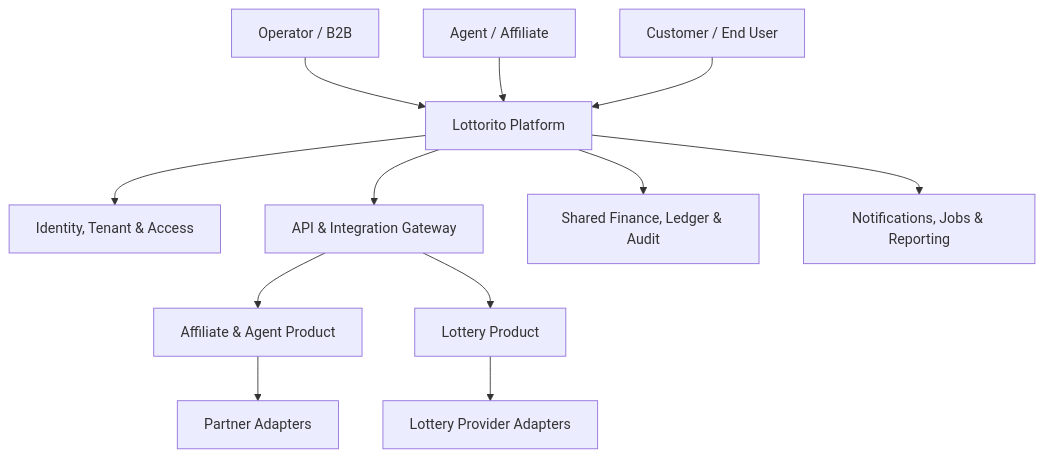
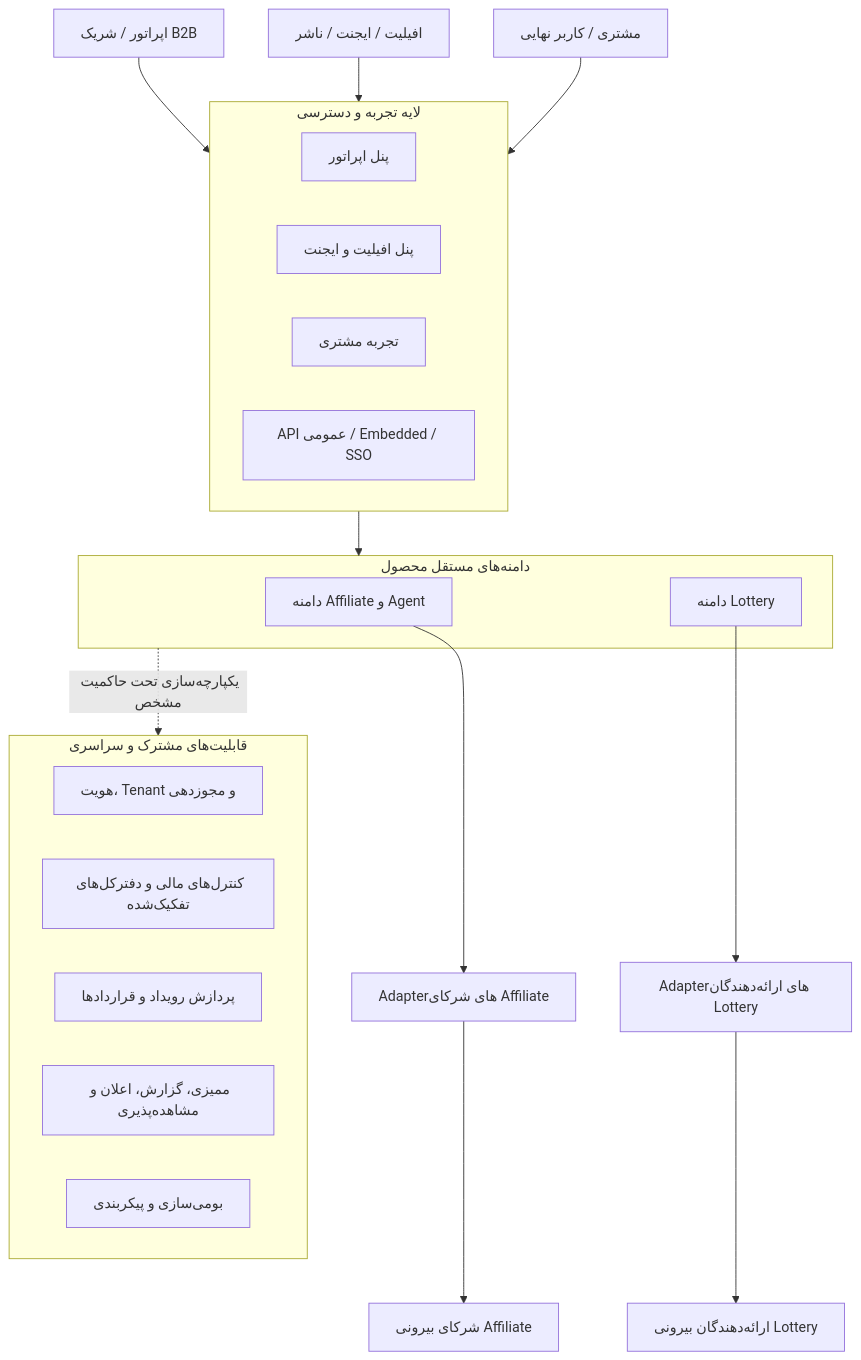
Before and after one commit to tecpey/lottorito-platform: the second of 2 diagrams in README.md, drawn with Mermaid. The commit also changed other lines of this file, not shown here.

Commit message:
docs(readme): refine bilingual platform vision after executive review

````diff
--- a/README.md
+++ b/README.md
@@ -122,17 +236,36 @@
 ```mermaid
 flowchart TB
-    U[Operator / B2B] --> P[Lottorito Platform]
-    A[Agent / Affiliate] --> P
-    C[Customer / End User] --> P
+    OP[اپراتور / شریک B2B] --> SURF
+    AG[افیلیت / ایجنت / ناشر] --> SURF
+    CU[مشتری / کاربر نهایی] --> SURF
 
-    P --> I[Identity, Tenant & Access]
-    P --> G[API & Integration Gateway]
-    P --> F[Shared Finance, Ledger & Audit]
-    P --> N[Notifications, Jobs & Reporting]
+    subgraph SURF[لایه تجربه و دسترسی]
+      OUI[پنل اپراتور]
+      AUI[پنل افیلیت و ایجنت]
+      CUI[تجربه مشتری]
+      API[API عمومی / Embedded / SSO]
+    end
 
-    G --> AF[Affiliate & Agent Product]
-    G --> LO[Lottery Product]
+    SURF --> CORE
 
-    AF --> PA[Partner Adapters]
-    LO --> PL[Lottery Provider Adapters]
+    subgraph CORE[دامنه‌های مستقل محصول]
+      AFF[دامنه Affiliate و Agent]
+      LOT[دامنه Lottery]
+    end
+
+    AFF --> AAD[Adapterهای شرکای Affiliate]
+    LOT --> LAD[Adapterهای ارائه‌دهندگان Lottery]
+
+    CORE -. یکپارچه‌سازی تحت حاکمیت مشخص .-> SHARED
+
+    subgraph SHARED[قابلیت‌های مشترک و سراسری]
+      IAM[هویت، Tenant و مجوزدهی]
+      FIN[کنترل‌های مالی و دفترکل‌های تفکیک‌شده]
+      EVT[پردازش رویداد و قراردادها]
+      OPS[ممیزی، گزارش، اعلان و مشاهده‌پذیری]
+      LOC[بومی‌سازی و پیکربندی]
+    end
+
+    AAD --> EXT1[شرکای بیرونی Affiliate]
+    LAD --> EXT2[ارائه‌دهندگان بیرونی Lottery]
 ```
````
